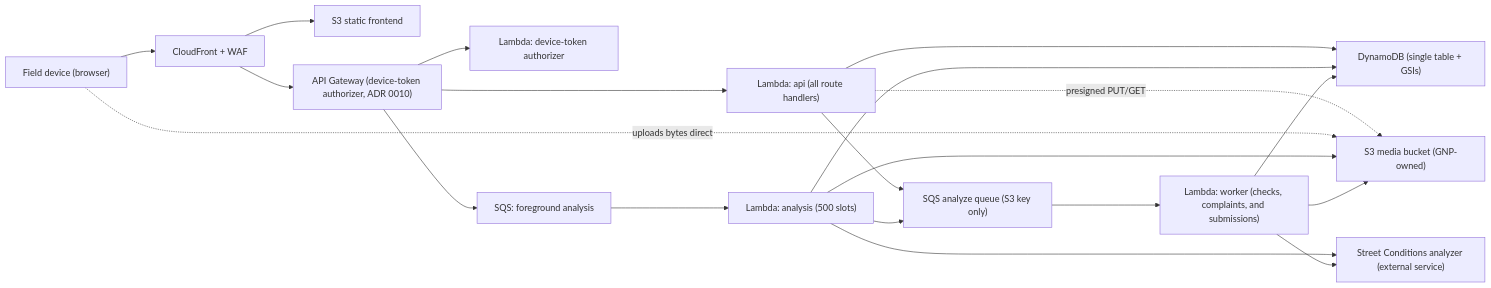
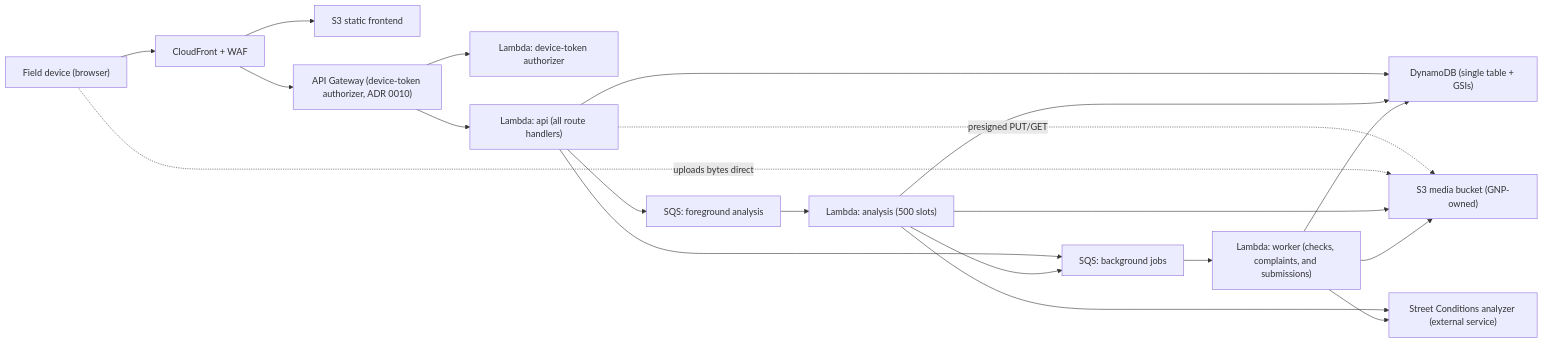
Before and after one commit to Mayor-s-Office-of-Innovation/good-neighbor-app: the first of 2 diagrams in docs/architecture.md, drawn with Mermaid.

````diff
--- a/docs/architecture.md
+++ b/docs/architecture.md
@@ -5,22 +5,22 @@
 ```mermaid
 flowchart LR
   user["Field device (browser)"] --> cloudfront["CloudFront + WAF"]
   cloudfront --> frontend["S3 static frontend"]
   cloudfront --> api["API Gateway (device-token authorizer, ADR 0010)"]
   api --> authorizer["Lambda: device-token authorizer"]
   api --> checks["Lambda: api (all route handlers)"]
   checks --> dynamodb["DynamoDB (single table + GSIs)"]
   checks -. presigned PUT/GET .-> media["S3 media bucket (GNP-owned)"]
   user -. uploads bytes direct .-> media
-  checks --> sqs["SQS analyze queue (S3 key only)"]
-  api --> analysisQueue["SQS: foreground analysis"]
+  checks --> sqs["SQS: background jobs"]
+  checks --> analysisQueue["SQS: foreground analysis"]
   analysisQueue --> analysisWorker["Lambda: analysis (500 slots)"]
   analysisWorker --> media
   analysisWorker --> dynamodb
   analysisWorker --> analyzer
   analysisWorker --> sqs
   sqs --> worker["Lambda: worker (checks, complaints, and submissions)"]
   worker --> media
   worker --> dynamodb
   worker --> analyzer["Street Conditions analyzer (external service)"]
 ```
````
